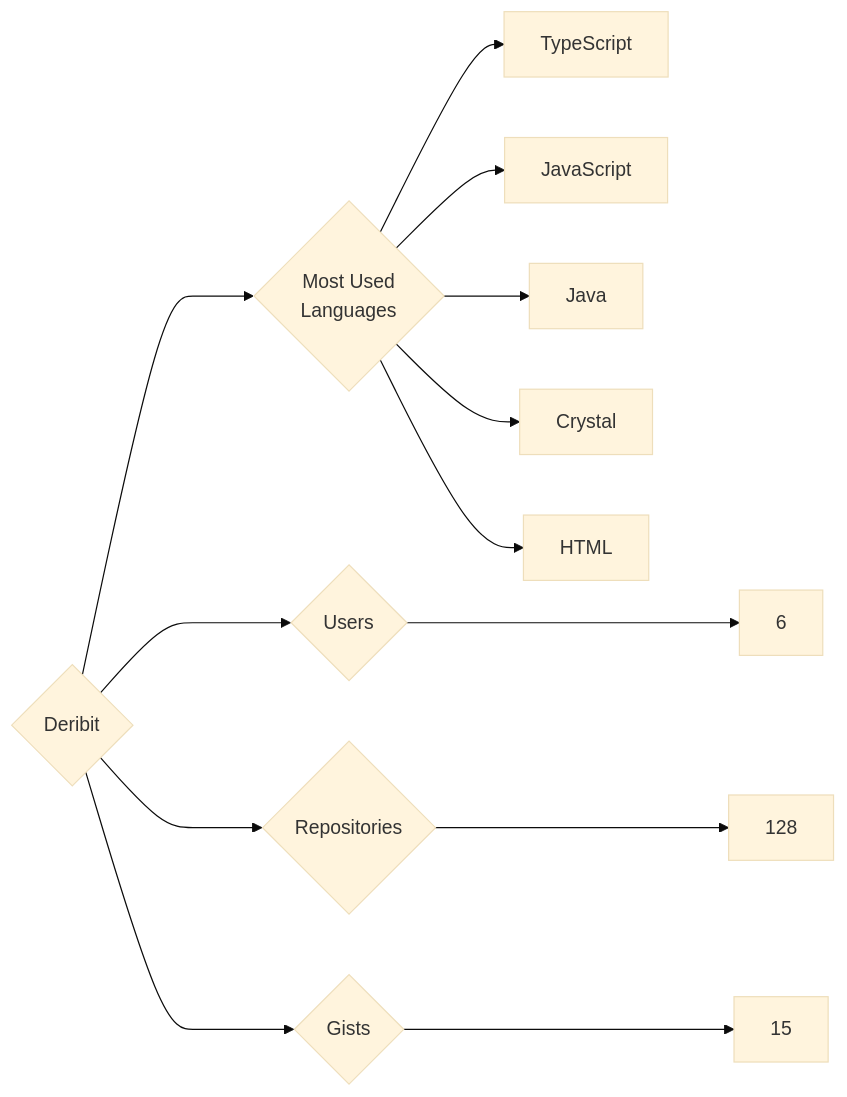
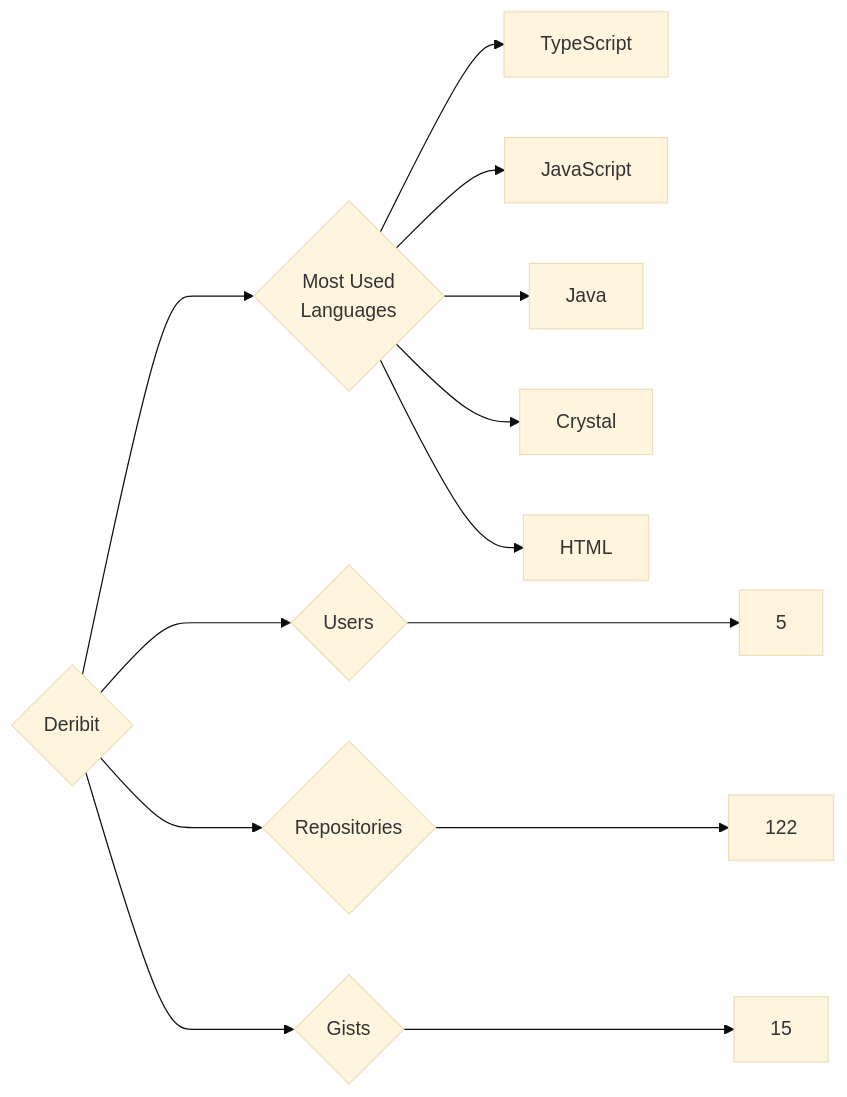
Before and after one commit to trickest/insiders: the diagram in targets/Deribit/README.md, drawn with Mermaid (base theme). The commit also changed 891 other files, not shown here.

````diff
--- a/targets/Deribit/README.md
+++ b/targets/Deribit/README.md
@@ -3,13 +3,13 @@
 ```mermaid
 graph LR
 COMPANY_NAME{Deribit}
-COMPANY_NAME ---> U{Users} ---> UN[6]
-COMPANY_NAME ---> R{Repositories} ---> RN[128]
+COMPANY_NAME ---> U{Users} ---> UN[5]
+COMPANY_NAME ---> R{Repositories} ---> RN[122]
 COMPANY_NAME ---> G{Gists} ---> GN[15]
 COMPANY_NAME ---> ML{Most Used<br>Languages}
 ML --> TypeScript[TypeScript]
 ML --> JavaScript[JavaScript]
 ML --> Java[Java]
 ML --> Crystal[Crystal]
 ML --> HTML[HTML]
 ```
````
